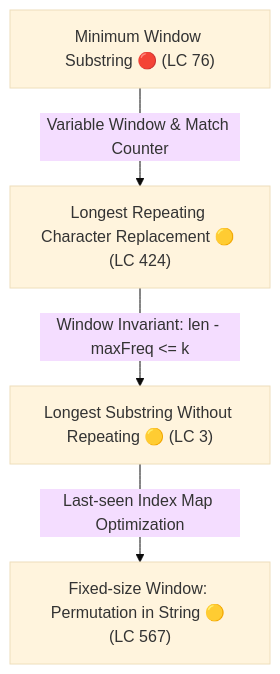
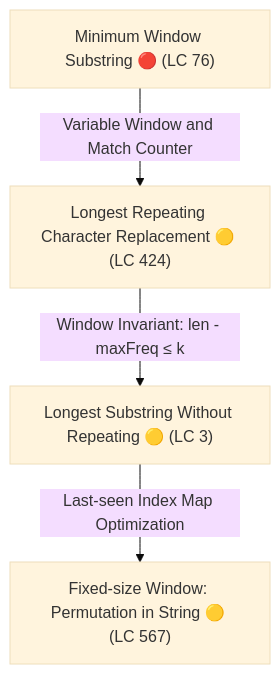
Diagram 15 of 19 in Senior_dsa_question_list.md (dip4k/DSA_102), drawn with Mermaid (base theme) before and after one commit. The commit also changed other lines of this file and 191 other files, not shown here.

````diff
--- a/Senior_dsa_question_list.md
+++ b/Senior_dsa_question_list.md
@@ -1035,6 +1035,6 @@
 ```mermaid
 flowchart TD
-    A["Minimum Window Substring 🔴 (LC 76)"] -->|Variable Window & Match Counter| B["Longest Repeating Character Replacement 🟡 (LC 424)"]
-    B -->|Window Invariant: len - maxFreq <= k| C["Longest Substring Without Repeating 🟡 (LC 3)"]
+    A["Minimum Window Substring 🔴 (LC 76)"] -->|Variable Window and Match Counter| B["Longest Repeating Character Replacement 🟡 (LC 424)"]
+    B -->|Window Invariant: len - maxFreq &le; k| C["Longest Substring Without Repeating 🟡 (LC 3)"]
     C -->|Last-seen Index Map Optimization| D["Fixed-size Window: Permutation in String 🟡 (LC 567)"]
 ```
````
